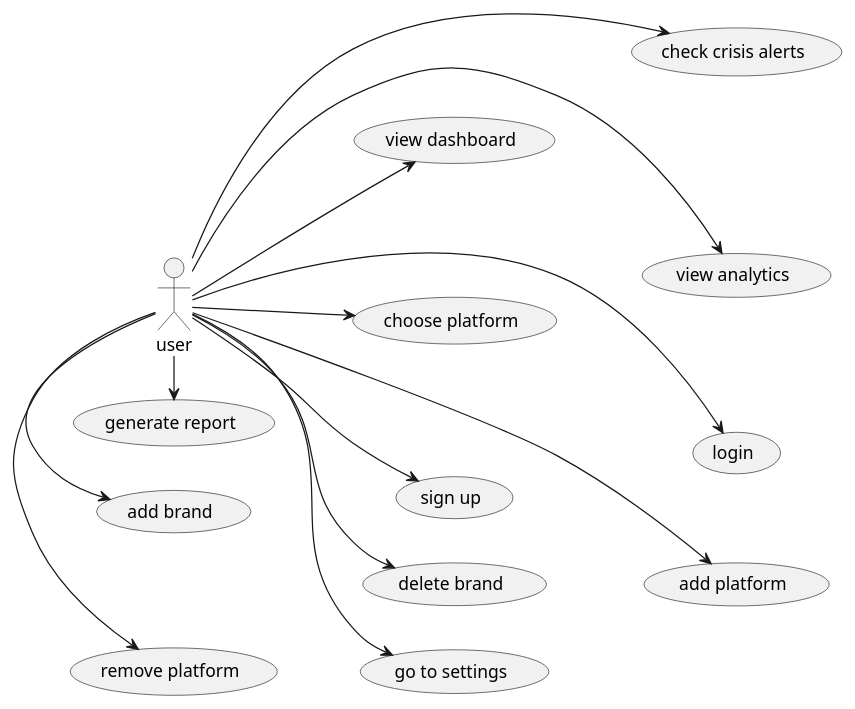
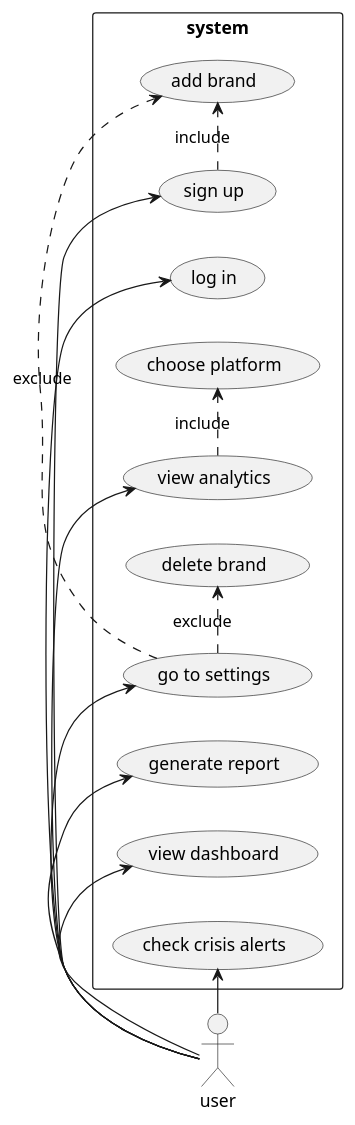
Before and after one commit to NadaaSelim/GP: the diagram in Graphs/usecase.puml, drawn with PlantUML. The commit also changed 1 other file, not shown here.

```diff
--- a/Graphs/usecase.puml
+++ b/Graphs/usecase.puml
@@ -1,43 +1,50 @@
 @startuml
-
 left to right direction
-:user:
-
+actor user
+rectangle system{
 usecase "sign up" as s1
-usecase "login" as lg
+usecase "log in" as lg
 usecase "view analytics" as v1
-usecase "choose platform" as p1
+usecase "go to settings" as gs
 usecase "generate report" as gr
 usecase "view dashboard" as od
 usecase "check crisis alerts" as ca
+usecase "choose platform" as p1
+
 usecase "add brand" as ab
 usecase "delete brand" as db
-usecase "add platform" as ap
-usecase "remove platform" as rp
-usecase "go to settings" as gs
+' usecase "add platform" as ap
+' usecase "remove platform" as rp
+}
 user -> s1
+s1 .> ab : include
 user -> lg 
 user -> v1
-user -> p1
+v1 .> p1 : include
+user -> gs
+gs .> ab: exclude
+gs .> db: exclude
+
+' user -> p1
 user -> gr
 user -> od
 user -> ca
-user -> ab
-user -> db
-user -> ap
-user -> rp
-user -> gs
-(rp) -[hidden]- (gs)
-(db) -[hidden]- (ap)
-(ab) -[hidden]- (db)
-(od) -[hidden]- (ca)
-(ab) -[hidden]- (s1)
-(rp) -[hidden]- (ap)
-(gr) -[hidden]- (od)
-(gr) -[hidden]- (p1)
-(p1) -[hidden]- (v1)
-(s1) -[hidden]- (lg)
+' user -> db
+' user -> ap
+' user -> rp
+
+
+' (rp) -[hidden]- (gs)
+' (db) -[hidden]- (ap)
+' (ab) -[hidden]- (db)
+' (od) -[hidden]- (ca)
+' (ab) -[hidden]- (s1)
+' (rp) -[hidden]- (ap)
+' (gr) -[hidden]- (od)
+' (gr) -[hidden]- (p1)
+' (p1) -[hidden]- (v1)
+' (s1) -[hidden]- (lg)
 
 
 
 @enduml
```
